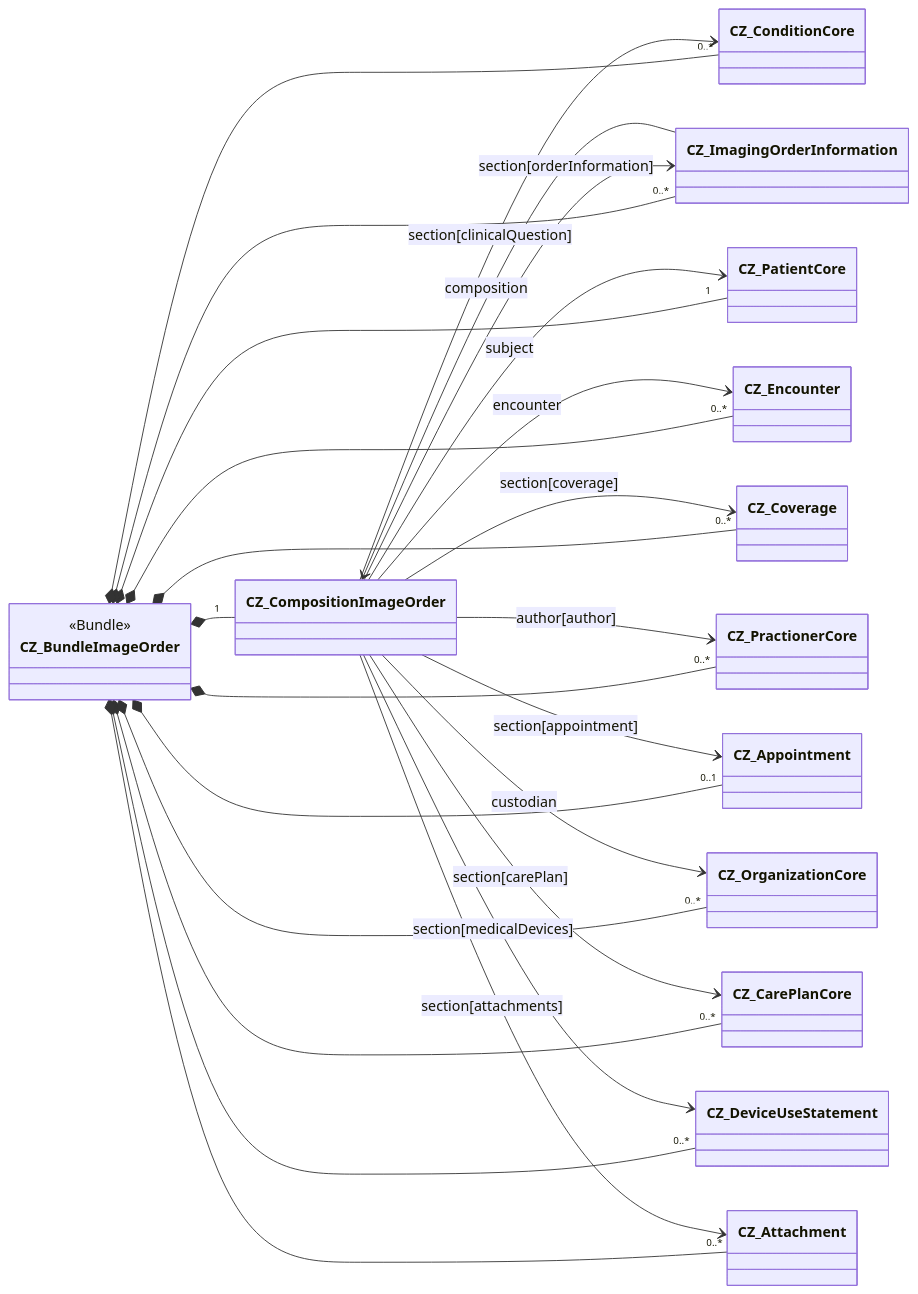
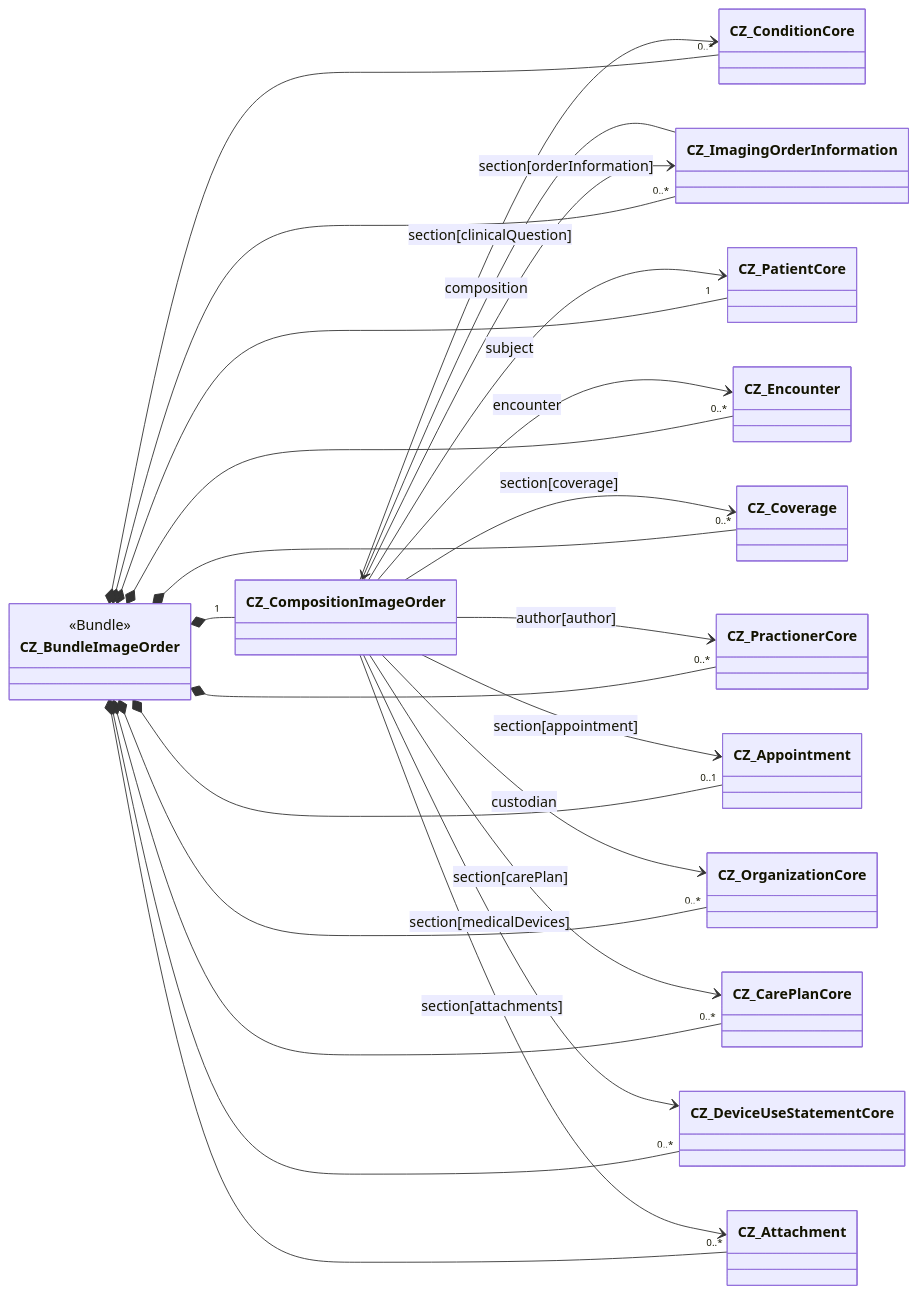
Before and after one commit to HL7-cz/img-order: the diagram in input/pagecontent/implementation-notes-cs.md, drawn with Mermaid. The commit also changed 8 other files, not shown here.

````diff
--- a/input/pagecontent/implementation-notes-cs.md
+++ b/input/pagecontent/implementation-notes-cs.md
@@ -8,34 +8,34 @@
 ```mermaid
 classDiagram
   direction LR
   class CZ_BundleImageOrder{
     <<Bundle>>
   }
   CZ_BundleImageOrder *-- "1" CZ_CompositionImageOrder
   CZ_BundleImageOrder *-- "1" CZ_PatientCore
   CZ_BundleImageOrder *-- "0..*" CZ_ImagingOrderInformation
   CZ_BundleImageOrder *-- "0..*" CZ_ConditionCore
   CZ_BundleImageOrder *-- "0..*" CZ_Coverage
   CZ_BundleImageOrder *-- "0..*" CZ_Encounter
   CZ_BundleImageOrder *-- "0..1" CZ_Appointment
   CZ_BundleImageOrder *-- "0..*" CZ_CarePlanCore
   CZ_BundleImageOrder *-- "0..*" CZ_PractionerCore
   CZ_BundleImageOrder *-- "0..*" CZ_OrganizationCore
-  CZ_BundleImageOrder *-- "0..*" CZ_DeviceUseStatement
+  CZ_BundleImageOrder *-- "0..*" CZ_DeviceUseStatementCore
   CZ_BundleImageOrder *-- "0..*" CZ_Attachment
 
   CZ_ImagingOrderInformation --> CZ_CompositionImageOrder: composition
   
   CZ_CompositionImageOrder --> CZ_ImagingOrderInformation: section[orderInformation]
   CZ_CompositionImageOrder --> CZ_ConditionCore: section[clinicalQuestion]
   CZ_CompositionImageOrder --> CZ_PractionerCore: author[author]
   CZ_CompositionImageOrder --> CZ_Encounter: encounter
   CZ_CompositionImageOrder --> CZ_OrganizationCore: custodian
   CZ_CompositionImageOrder --> CZ_PatientCore: subject
   CZ_CompositionImageOrder --> CZ_Coverage: section[coverage]
   CZ_CompositionImageOrder --> CZ_Appointment: section[appointment]
   CZ_CompositionImageOrder --> CZ_CarePlanCore: section[carePlan]
-  CZ_CompositionImageOrder --> CZ_DeviceUseStatement: section[medicalDevices]
+  CZ_CompositionImageOrder --> CZ_DeviceUseStatementCore: section[medicalDevices]
   CZ_CompositionImageOrder --> CZ_Attachment: section[attachments]
 
 ```
````
